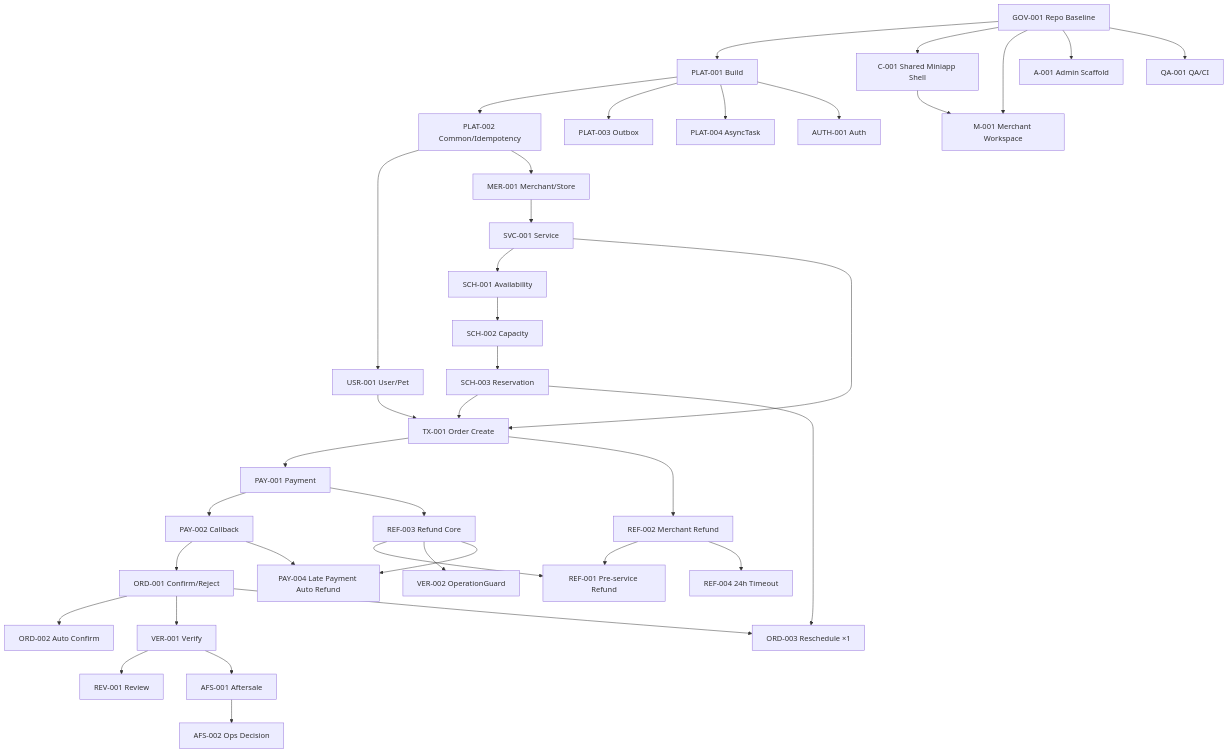
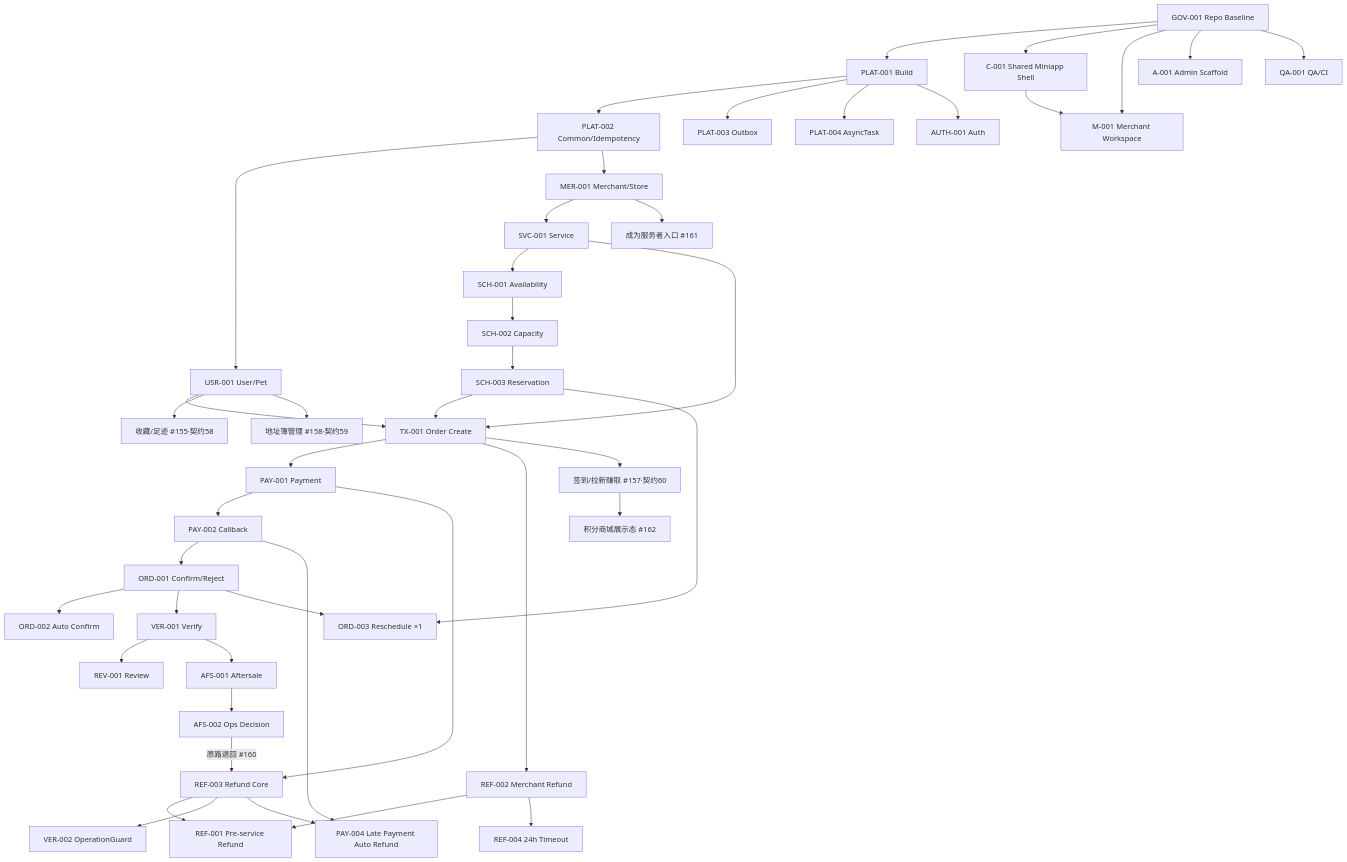
Before and after one commit to blueXYing/pet-platform: the diagram in planning/DEPENDENCY_GRAPH.md, drawn with Mermaid. The commit also changed other lines of this file and 2 other files, not shown here.

````diff
--- a/planning/DEPENDENCY_GRAPH.md
+++ b/planning/DEPENDENCY_GRAPH.md
@@ -3,46 +3,54 @@
 ```mermaid
 flowchart TD
   GOV[GOV-001 Repo Baseline] --> PLAT[PLAT-001 Build]
   GOV --> C1[C-001 Shared Miniapp Shell]
   GOV --> M1[M-001 Merchant Workspace]
   C1 --> M1
   GOV --> A1[A-001 Admin Scaffold]
   GOV --> QA1[QA-001 QA/CI]
 
   PLAT --> COMMON[PLAT-002 Common/Idempotency]
   PLAT --> OUTBOX[PLAT-003 Outbox]
   PLAT --> TASK[PLAT-004 AsyncTask]
   PLAT --> AUTH[AUTH-001 Auth]
 
   COMMON --> USER[USR-001 User/Pet]
   COMMON --> MER[MER-001 Merchant/Store]
   MER --> SVC[SVC-001 Service]
   SVC --> SCH1[SCH-001 Availability]
   SCH1 --> SCH2[SCH-002 Capacity]
   SCH2 --> SCH3[SCH-003 Reservation]
 
   USER --> ORD[TX-001 Order Create]
   SVC --> ORD
   SCH3 --> ORD
 
   ORD --> PAY1[PAY-001 Payment]
   PAY1 --> PAY2[PAY-002 Callback]
   PAY1 --> REF3[REF-003 Refund Core]
   PAY2 --> CONF[ORD-001 Confirm/Reject]
   CONF --> AUTO[ORD-002 Auto Confirm]
   CONF --> VER[VER-001 Verify]
   CONF --> RES[ORD-003 Reschedule ×1]
   SCH3 --> RES
   VER --> REV[REV-001 Review]
 
   ORD --> REF2[REF-002 Merchant Refund]
   REF3 --> REFB[REF-001 Pre-service Refund]
   REF2 --> REFB
   REF2 --> REFT[REF-004 24h Timeout]
   REF3 --> GUARD[VER-002 OperationGuard]
   VER --> AFS[AFS-001 Aftersale]
   AFS --> AFSD[AFS-002 Ops Decision]
 
   PAY2 --> LATE[PAY-004 Late Payment Auto Refund]
   REF3 --> LATE
+
+  AFSD -->|原路退回 #160| REF3
+
+  USER --> FAV[收藏/足迹 #155·契约58]
+  USER --> ADDR[地址簿管理 #158·契约59]
+  MER --> BEPROV[成为服务者入口 #161]
+  ORD --> PTASK[签到/拉新赚取 #157·契约60]
+  PTASK --> MALL[积分商城展示态 #162]
 ```
````
